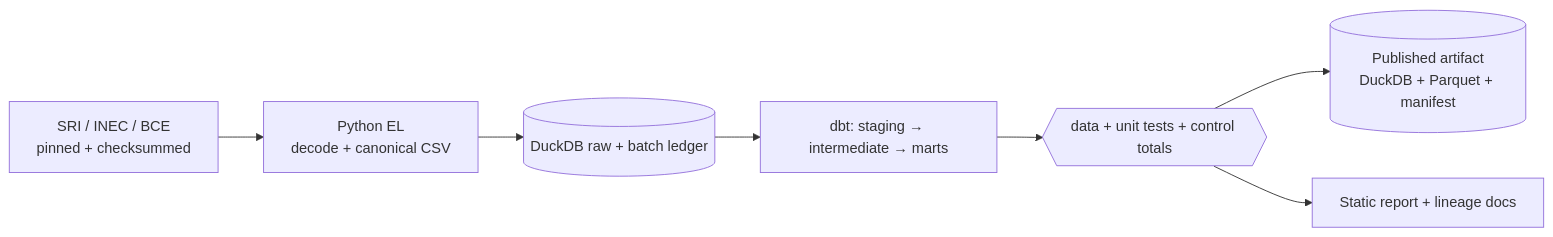
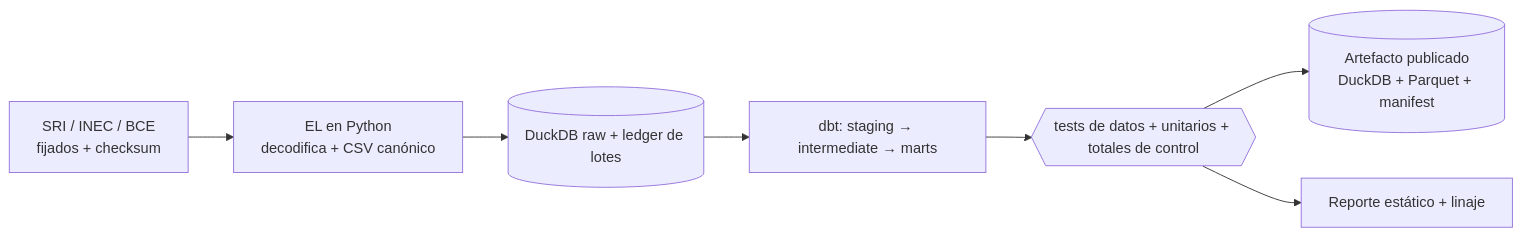
The diagram in README.md (Eduardo12Pacheco/lakehouse-datos-abiertos-ecuador), drawn with Mermaid before and after one commit. The commit also changed other lines of this file and 6 other files, not shown here.

````diff
--- a/README.md
+++ b/README.md
@@ -39,9 +42,9 @@
 ```mermaid
 flowchart LR
-  S[SRI / INEC / BCE<br/>pinned + checksummed] --> P[Python EL<br/>decode + canonical CSV]
-  P --> W[(DuckDB raw + batch ledger)]
+  S[SRI / INEC / BCE<br/>fijados + checksum] --> P[EL en Python<br/>decodifica + CSV canónico]
+  P --> W[(DuckDB raw + ledger de lotes)]
   W --> D[dbt: staging → intermediate → marts]
-  D --> Q{{data + unit tests + control totals}}
-  Q --> A[(Published artifact<br/>DuckDB + Parquet + manifest)]
-  Q --> R[Static report + lineage docs]
+  D --> Q{{tests de datos + unitarios + totales de control}}
+  Q --> A[(Artefacto publicado<br/>DuckDB + Parquet + manifest)]
+  Q --> R[Reporte estático + linaje]
 ```
````
